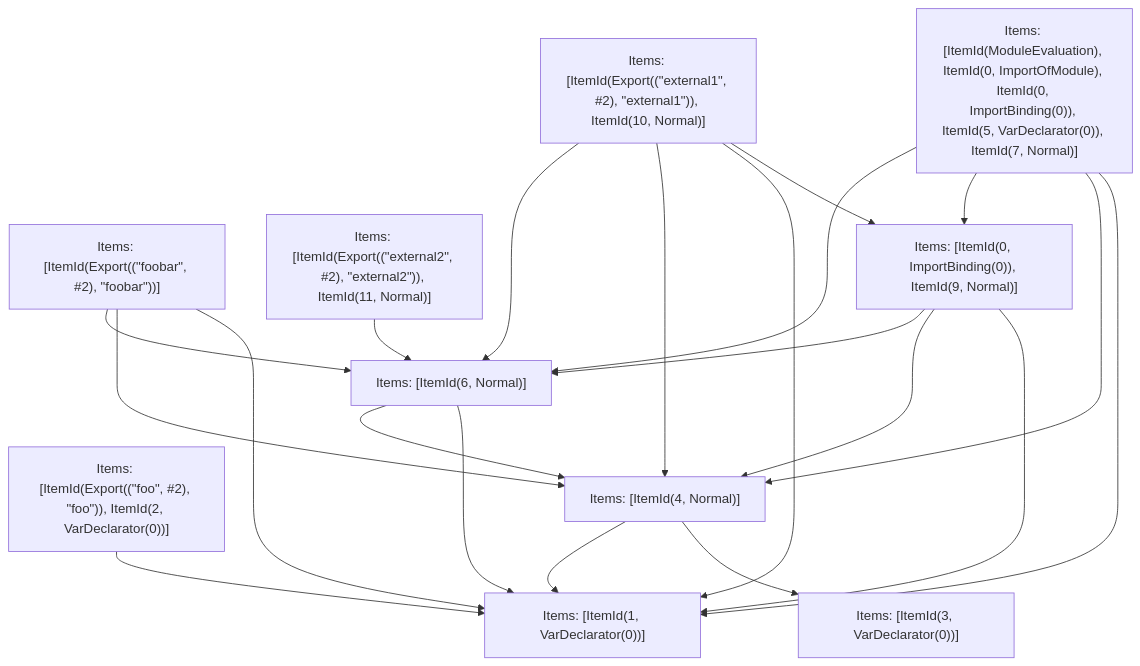
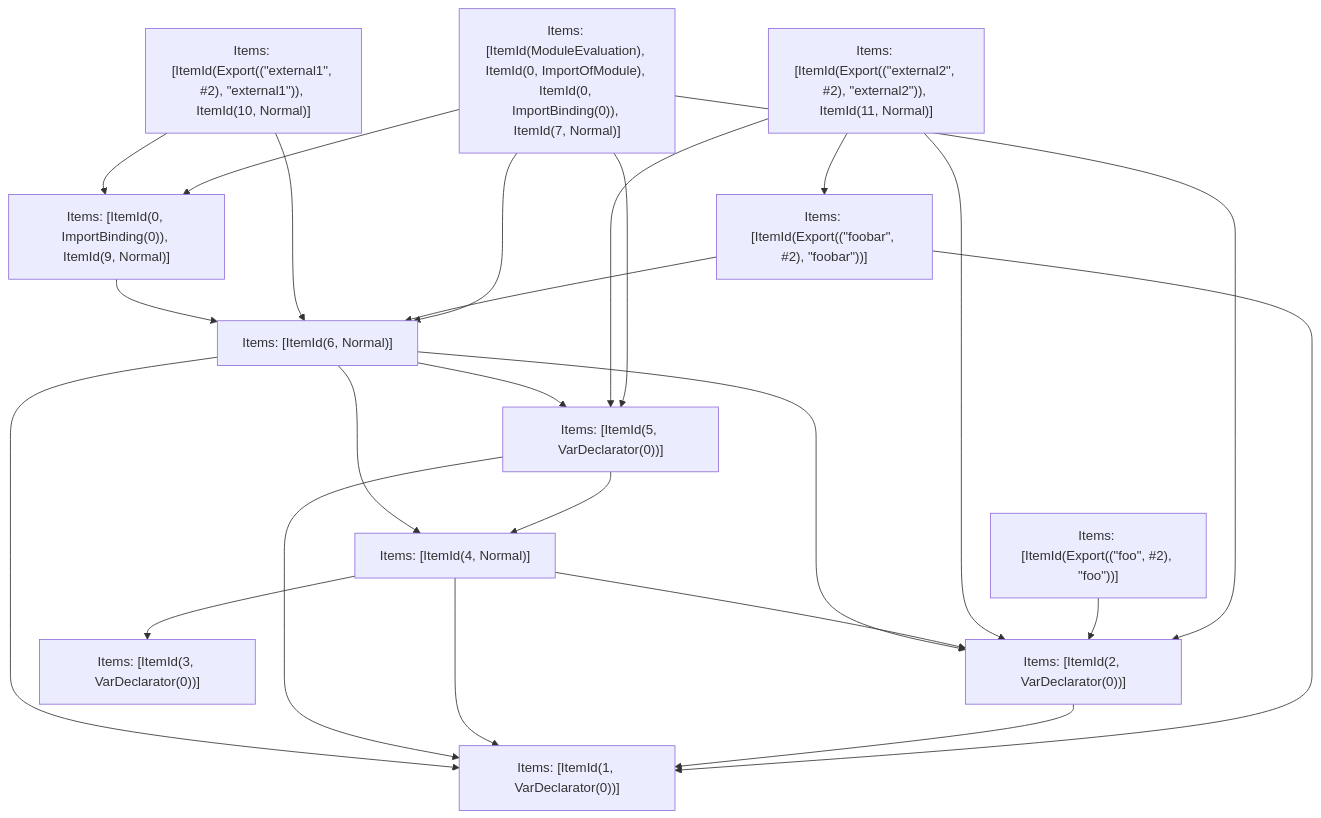
Before and after one commit to darkred/turbo: the fifth of 5 diagrams in crates/turbopack-ecmascript/tests/tree-shaker/analyzer/1/output.md, drawn with Mermaid. The commit also changed other lines of this file and 22 other files, not shown here.

````diff
--- a/crates/turbopack-ecmascript/tests/tree-shaker/analyzer/1/output.md
+++ b/crates/turbopack-ecmascript/tests/tree-shaker/analyzer/1/output.md
@@ -344,33 +343,38 @@
 ```mermaid
 graph TD
-    N0["Items: [ItemId(ModuleEvaluation), ItemId(0, ImportOfModule), ItemId(0, ImportBinding(0)), ItemId(5, VarDeclarator(0)), ItemId(7, Normal)]"];
+    N0["Items: [ItemId(ModuleEvaluation), ItemId(0, ImportOfModule), ItemId(0, ImportBinding(0)), ItemId(7, Normal)]"];
     N1["Items: [ItemId(Export((&quot;foobar&quot;, #2), &quot;foobar&quot;))]"];
-    N2["Items: [ItemId(Export((&quot;foo&quot;, #2), &quot;foo&quot;)), ItemId(2, VarDeclarator(0))]"];
+    N2["Items: [ItemId(Export((&quot;foo&quot;, #2), &quot;foo&quot;))]"];
     N3["Items: [ItemId(Export((&quot;external1&quot;, #2), &quot;external1&quot;)), ItemId(10, Normal)]"];
     N4["Items: [ItemId(Export((&quot;external2&quot;, #2), &quot;external2&quot;)), ItemId(11, Normal)]"];
     N5["Items: [ItemId(1, VarDeclarator(0))]"];
-    N6["Items: [ItemId(3, VarDeclarator(0))]"];
-    N7["Items: [ItemId(4, Normal)]"];
-    N8["Items: [ItemId(6, Normal)]"];
-    N9["Items: [ItemId(0, ImportBinding(0)), ItemId(9, Normal)]"];
-    N0 --> N5;
-    N0 --> N7;
+    N6["Items: [ItemId(2, VarDeclarator(0))]"];
+    N7["Items: [ItemId(3, VarDeclarator(0))]"];
+    N8["Items: [ItemId(4, Normal)]"];
+    N9["Items: [ItemId(5, VarDeclarator(0))]"];
+    N10["Items: [ItemId(6, Normal)]"];
+    N11["Items: [ItemId(0, ImportBinding(0)), ItemId(9, Normal)]"];
     N0 --> N9;
-    N0 --> N8;
+    N0 --> N11;
+    N0 --> N10;
+    N0 --> N6;
+    N1 --> N10;
     N1 --> N5;
-    N1 --> N7;
-    N1 --> N8;
-    N2 --> N5;
-    N3 --> N9;
-    N3 --> N5;
-    N3 --> N7;
-    N3 --> N8;
-    N4 --> N8;
-    N7 --> N6;
-    N7 --> N5;
+    N2 --> N6;
+    N3 --> N11;
+    N3 --> N10;
+    N4 --> N6;
+    N4 --> N9;
+    N4 --> N1;
+    N6 --> N5;
+    N8 --> N7;
     N8 --> N5;
-    N8 --> N7;
+    N8 --> N6;
+    N9 --> N8;
     N9 --> N5;
-    N9 --> N7;
-    N9 --> N8;
+    N10 --> N8;
+    N10 --> N5;
+    N10 --> N6;
+    N10 --> N9;
+    N11 --> N10;
 ```
````
